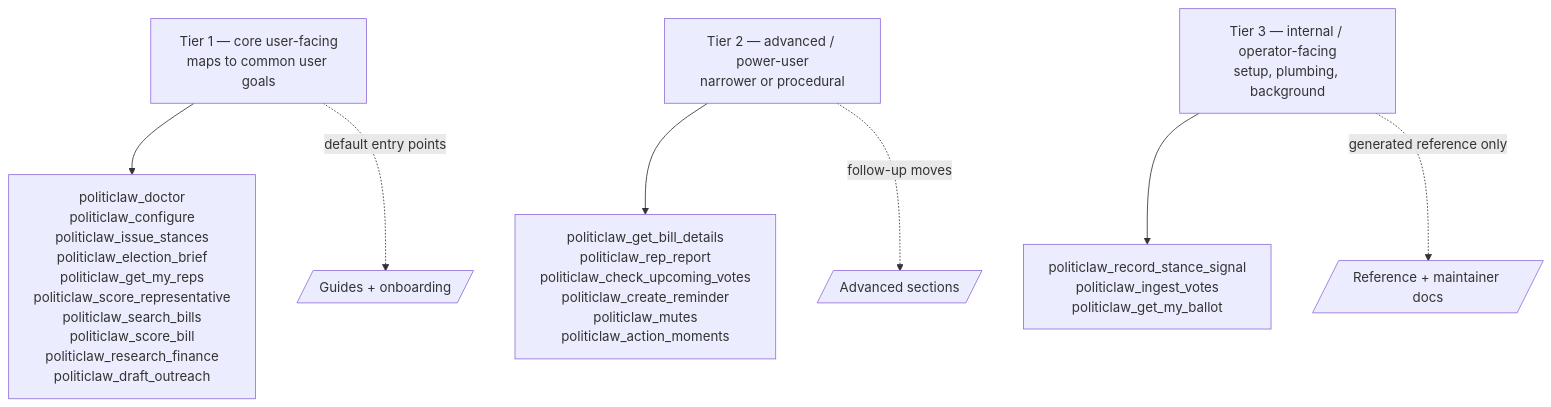
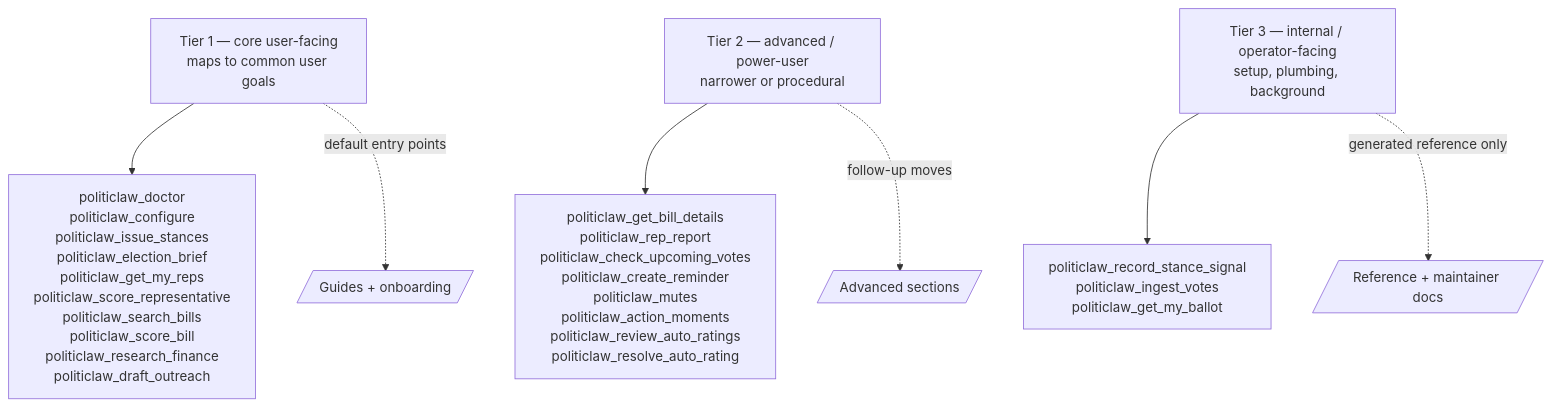
One commit to PolitiClaw/PolitiClaw changed the diagram in apps/docs/maintainers/tool-surface.md. Above: the diagram before and after it, drawn with Mermaid. The commit also changed other lines of this file and 6 other files, not shown here.

````diff
--- a/apps/docs/maintainers/tool-surface.md
+++ b/apps/docs/maintainers/tool-surface.md
@@ -3,14 +3,14 @@
 ```mermaid
 graph TB
   tier1["Tier 1 — core user-facing<br/>maps to common user goals"]
   tier2["Tier 2 — advanced / power-user<br/>narrower or procedural"]
   tier3["Tier 3 — internal / operator-facing<br/>setup, plumbing, background"]
 
   tier1 --> tools1["politiclaw_doctor<br/>politiclaw_configure<br/>politiclaw_issue_stances<br/>politiclaw_election_brief<br/>politiclaw_get_my_reps<br/>politiclaw_score_representative<br/>politiclaw_search_bills<br/>politiclaw_score_bill<br/>politiclaw_research_finance<br/>politiclaw_draft_outreach"]
-  tier2 --> tools2["politiclaw_get_bill_details<br/>politiclaw_rep_report<br/>politiclaw_check_upcoming_votes<br/>politiclaw_create_reminder<br/>politiclaw_mutes<br/>politiclaw_action_moments"]
+  tier2 --> tools2["politiclaw_get_bill_details<br/>politiclaw_rep_report<br/>politiclaw_check_upcoming_votes<br/>politiclaw_create_reminder<br/>politiclaw_mutes<br/>politiclaw_action_moments<br/>politiclaw_review_auto_ratings<br/>politiclaw_resolve_auto_rating"]
   tier3 --> tools3["politiclaw_record_stance_signal<br/>politiclaw_ingest_votes<br/>politiclaw_get_my_ballot"]
 
   tier1 -. "default entry points" .-> nav1[/"Guides + onboarding"/]
   tier2 -. "follow-up moves" .-> nav2[/"Advanced sections"/]
   tier3 -. "generated reference only" .-> nav3[/"Reference + maintainer docs"/]
 ```
````
